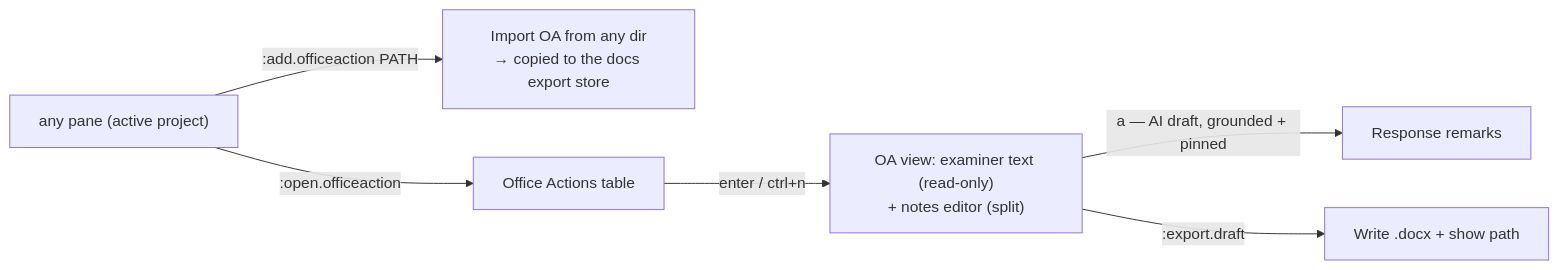
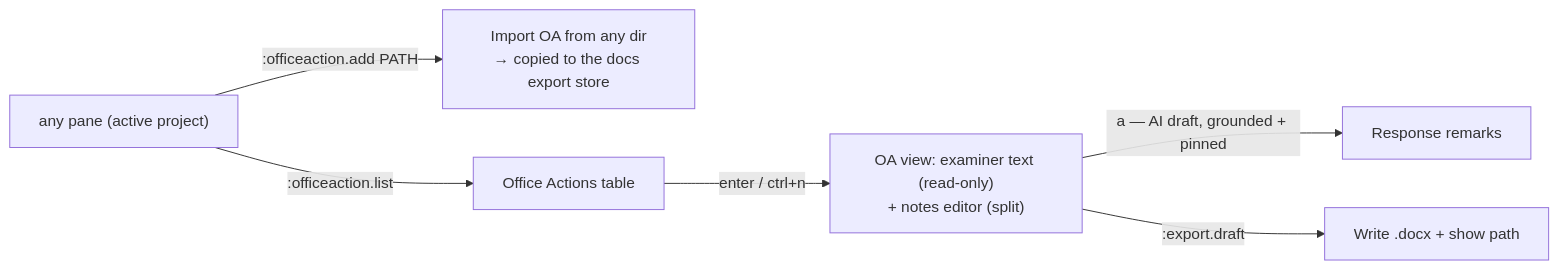
One commit to fjmalass/PatentMine changed the second of 2 diagrams in docs/13_TUI_OFFICE_ACTION.md. Above: the diagram before and after it, drawn with Mermaid. The commit also changed other lines of this file and 19 other files, not shown here.

````diff
--- a/docs/13_TUI_OFFICE_ACTION.md
+++ b/docs/13_TUI_OFFICE_ACTION.md
@@ -261,8 +261,8 @@
 ```mermaid
 flowchart LR
-    P["any pane (active project)"] -->|":add.officeaction PATH"| OA["Import OA from any dir\n→ copied to the docs export store"]
-    P -->|":open.officeaction"| L["Office Actions table"]
+    P["any pane (active project)"] -->|":officeaction.add PATH"| OA["Import OA from any dir\n→ copied to the docs export store"]
+    P -->|":officeaction.list"| L["Office Actions table"]
     L -->|"enter / ctrl+n"| R["OA view: examiner text (read-only)\n+ notes editor (split)"]
     R -->|"a — AI draft, grounded + pinned"| AI["Response remarks"]
     R -->|":export.draft"| DX["Write .docx + show path"]
 ```
````
